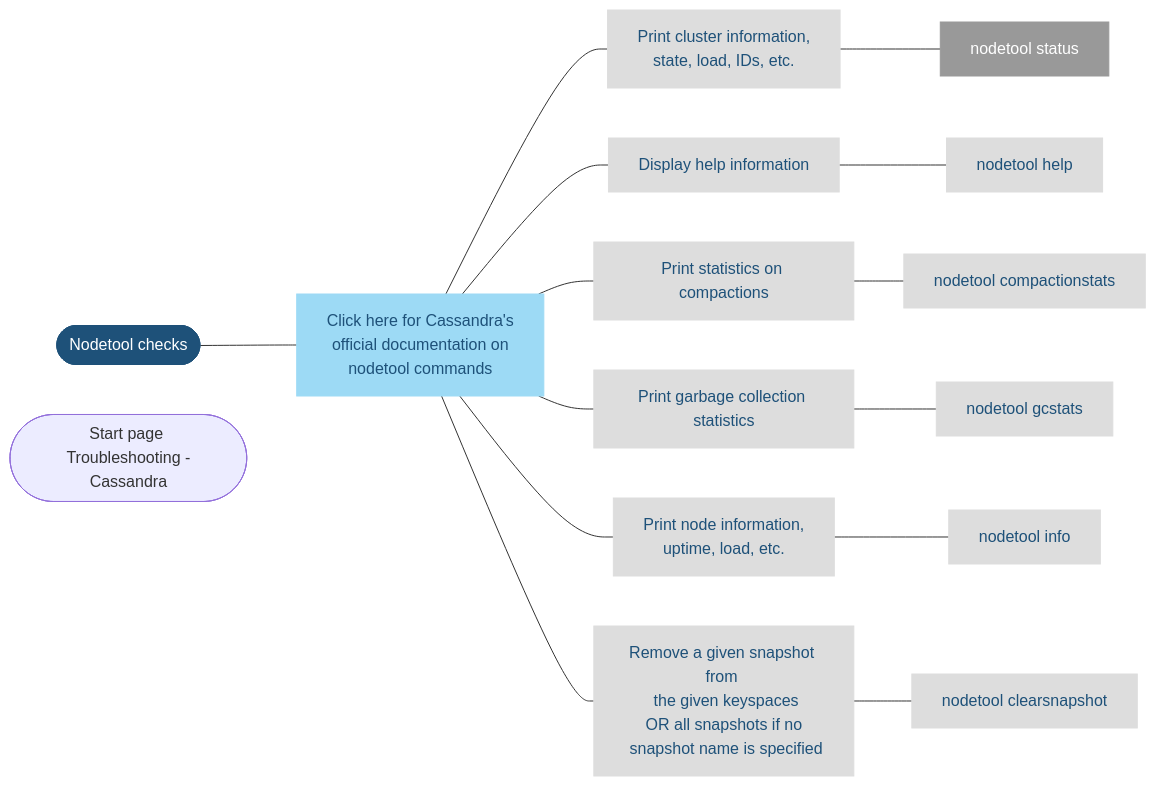
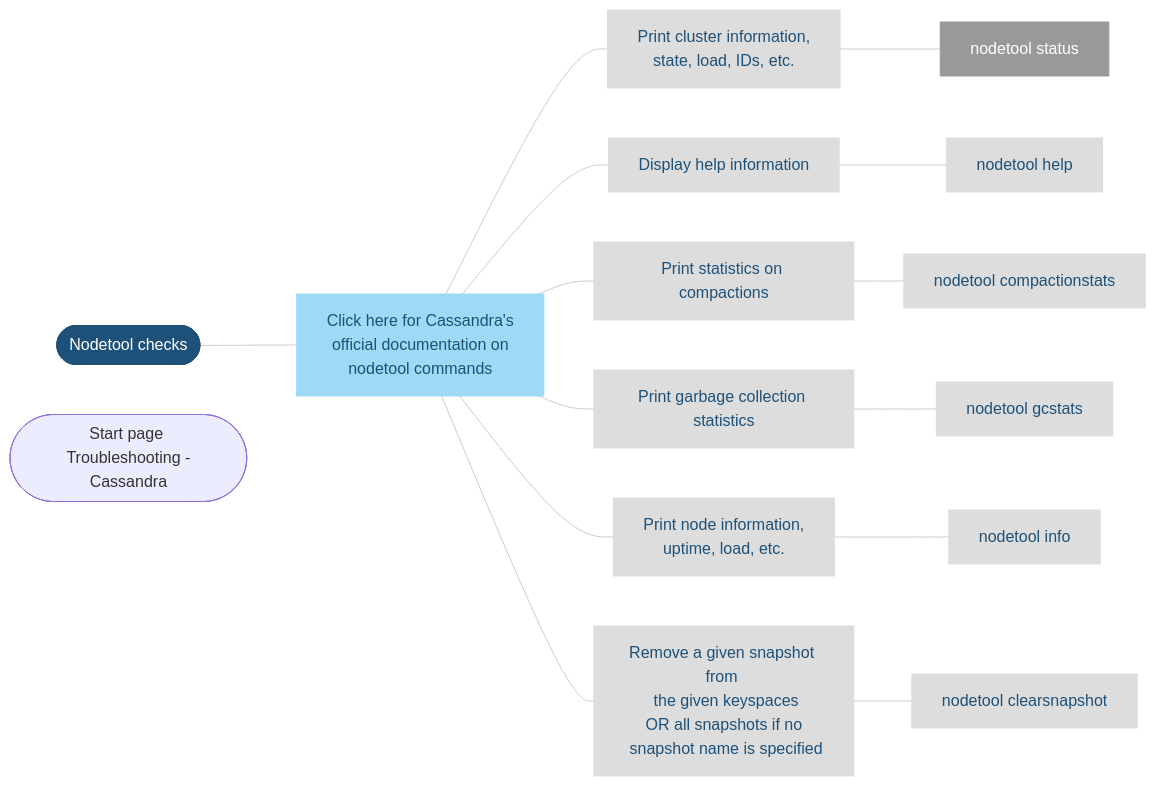
Before and after one commit to SkylineCommunications/dataminer-docs: the diagram in user-guide/Troubleshooting/Troubleshooting_Flowcharts/Troubleshooting_Cassandra/Troubleshooting_Cassandra_Nodetool_Checks.md, drawn with Mermaid. The commit also changed 17 other files, not shown here.

Commit message:
graph -> flowchart + color=grey

```diff
--- a/user-guide/Troubleshooting/Troubleshooting_Flowcharts/Troubleshooting_Cassandra/Troubleshooting_Cassandra_Nodetool_Checks.md
+++ b/user-guide/Troubleshooting/Troubleshooting_Flowcharts/Troubleshooting_Cassandra/Troubleshooting_Cassandra_Nodetool_Checks.md
@@ -13,54 +13,55 @@
 <div class="mermaid">
-graph LR
+flowchart LR
 %% -------------------------------------------------------------------------
 %% Cassandra flowchart - Nodetool Checks
 %% -------------------------------------------------------------------------
 %% -------------------------------------------------------------------------
 %% Define styles
 %% -------------------------------------------------------------------------
+linkStyle default stroke:#cccccc
 classDef classAction fill:#dddddd,stroke:#dddddd,color:#1E5179,stroke-width:1px;
 classDef classActionClickable fill:#999999,stroke:#999999,color:#ffffff,stroke-width:1px;
 classDef classDecision fill:#4baeea,stroke:#4baeea,color:#ffffff,stroke-width:1px;
 classDef classExternalRef fill:#9ddaf5,stroke:#9ddaf5,color:#1E5179,stroke-width:1px;
 classDef classSolution fill:#58595b,stroke:#58595b,color:#ffffff,stroke-width:1px;
 classDef classTerminal fill:#1e5179,stroke:#1e5179,color:#ffffff,stroke-width:1px;
 %% -------------------------------------------------------------------------
 %% flowchart structure
 %% -------------------------------------------------------------------------
 START([Nodetool checks])
 Action_NodetoolStatus[Print cluster information,<br> state, load, IDs, etc.]
 Action_NodetoolHelp[Display help information]
 Action_NodetoolCompactionStats[Print statistics on compactions]
 Action_NodetoolGCStats[Print garbage collection statistics]
 Action_NodetoolInfo[Print node information,<br> uptime, load, etc.]
 Action_NodetoolClearSnapshot[Remove a given snapshot from <br> the given keyspaces<br> OR all snapshots if no <br> snapshot name is specified]
 ActionClick_NodetoolStatus[nodetool status]
 ActionClick_NodetoolHelp[nodetool help]
 ActionClick_NodetoolCompactionStats[nodetool compactionstats]
 ActionClick_NodetoolGCStats[nodetool gcstats]
 ActionClick_NodetoolInfo[nodetool info]
 ActionClick_NodetoolClearSnapshot[nodetool clearsnapshot]
 ActionClick_NodetoolCompactionStats[nodetool compactionstats]
 ActionClick_DatastaxReference[Click here for Cassandra's <br> official documentation on <br> nodetool commands]
 START --- ActionClick_DatastaxReference
 ActionClick_DatastaxReference --- Action_NodetoolStatus --- ActionClick_NodetoolStatus
 ActionClick_DatastaxReference --- Action_NodetoolHelp --- ActionClick_NodetoolHelp
 ActionClick_DatastaxReference --- Action_NodetoolCompactionStats --- ActionClick_NodetoolCompactionStats
 ActionClick_DatastaxReference --- Action_NodetoolGCStats --- ActionClick_NodetoolGCStats
 ActionClick_DatastaxReference --- Action_NodetoolInfo --- ActionClick_NodetoolInfo
 ActionClick_DatastaxReference --- Action_NodetoolClearSnapshot --- ActionClick_NodetoolClearSnapshot
 HOME([Start page <br/> Troubleshooting - Cassandra])
 %% -------------------------------------------------------------------------
 %% Define hyperlinks %%
 %% -------------------------------------------------------------------------
 click HOME "https://docs.dataminer.services/user-guide/Troubleshooting/Troubleshooting_Flowcharts/Troubleshooting_Cassandra.html"
 click ActionClick_NodetoolStatus "https://docs.dataminer.services/user-guide/Troubleshooting/Troubleshooting_Flowcharts/Troubleshooting_Cassandra_Nodetool_Status_Check.html"
 click ActionClick_DatastaxReference "https://cassandra.apache.org/doc/latest/tools/nodetool/nodetool.html"
 %% -------------------------------------------------------------------------
 %% Apply styles to blocks
 %% -------------------------------------------------------------------------
 class Action_NodetoolStatus,Action_NodetoolHelp,Action_NodetoolCompactionStats,Action_NodetoolGCStats,Action_NodetoolInfo,Action_NodetoolCompactionStats,Action_NodetoolClearSnapshot,ActionClick_NodetoolHelp,ActionClick_NodetoolCompactionStats,ActionClick_NodetoolGCStats,ActionClick_NodetoolInfo,ActionClick_NodetoolClearSnapshot,ActionClick_NodetoolCompactionStats classAction;
 class ActionClick_NodetoolStatus classActionClickable;
 class ActionClick_DatastaxReference classExternalRef;
 class START classTerminal;
 </div>
```
